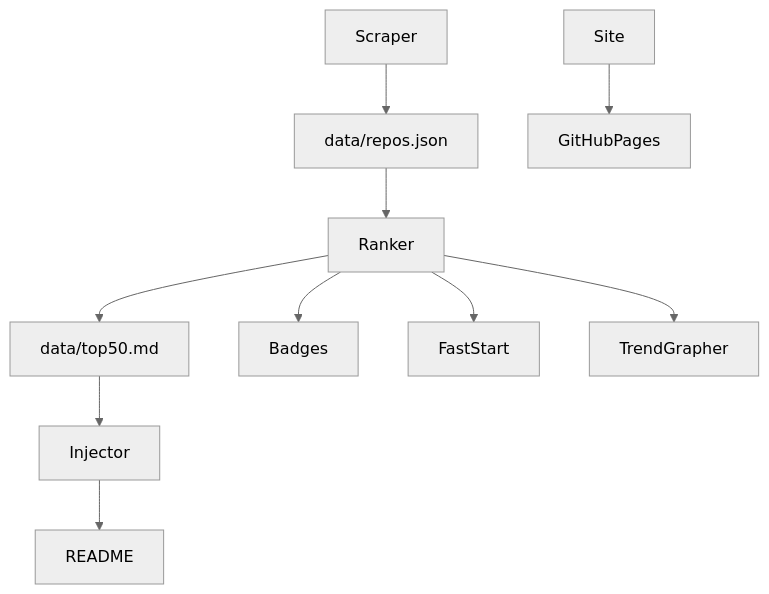
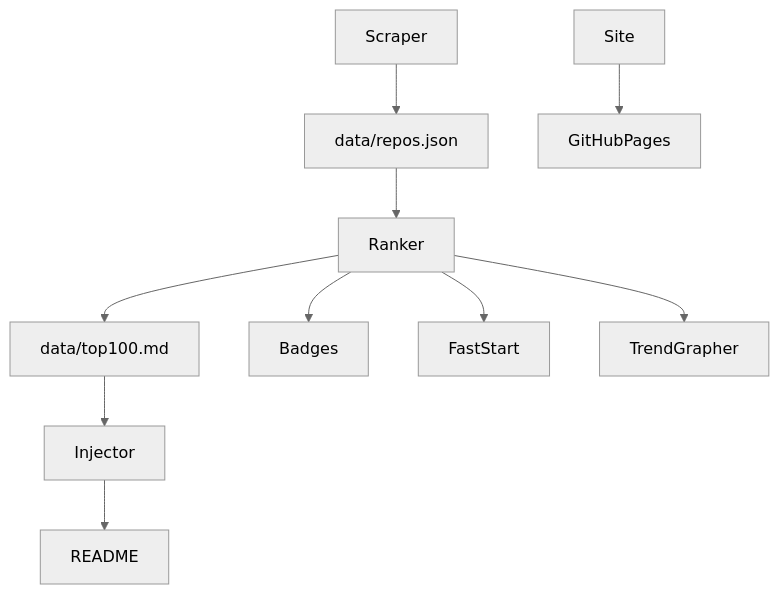
One commit to adrianwedd/Agentic-Index changed the diagram in agents.md. Above: the diagram before and after it, drawn with Mermaid (neutral theme). The commit also changed other lines of this file and 41 other files, not shown here.

````diff
--- a/agents.md
+++ b/agents.md
@@ -91,12 +91,12 @@
 ```mermaid
 graph TD
   Scraper-->JSON[data/repos.json]
   JSON-->Ranker
-  Ranker-->MD[data/top50.md]
+  Ranker-->MD[data/top100.md]
   Ranker-->Badges
   MD-->Injector
   Injector-->README
   Ranker-->FastStart
   Ranker-->TrendGrapher
   Site-->GitHubPages
 ```
````
